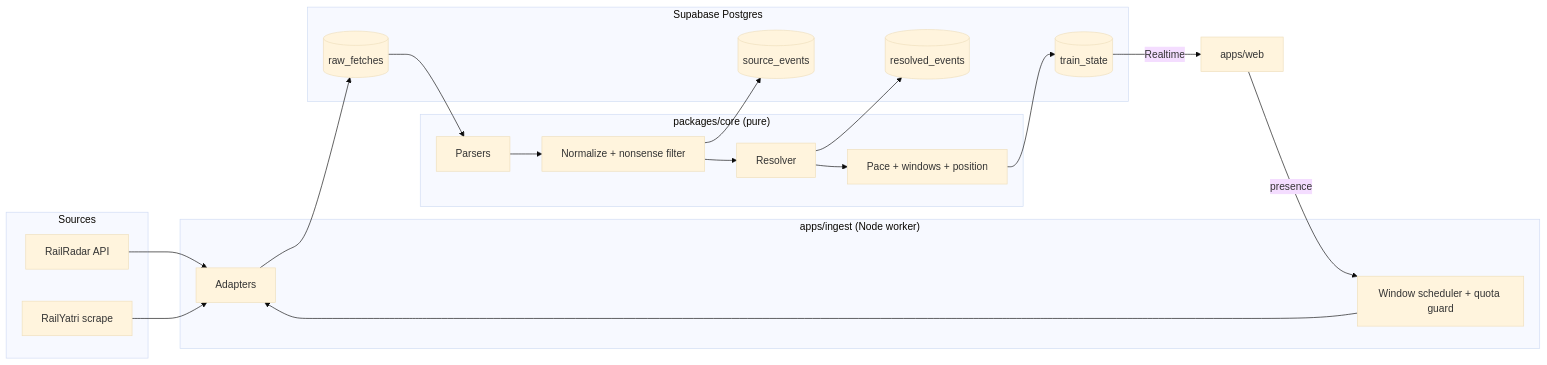
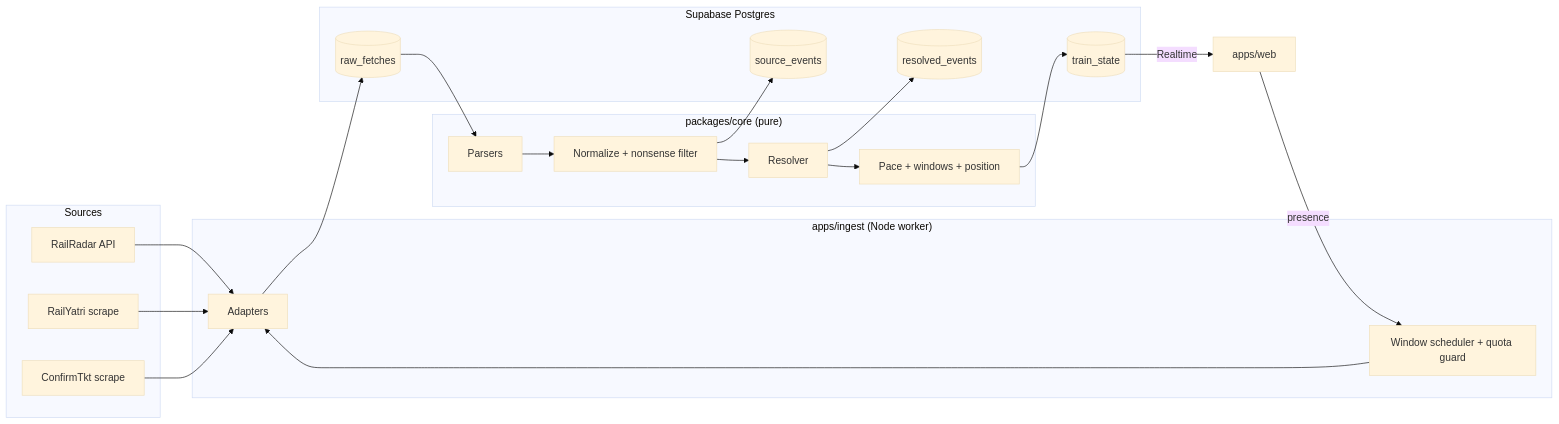
Before and after one commit to Christen1609/Indian-Railway-Tracker: the diagram in train-tracker/docs/ARCHITECTURE.md, drawn with Mermaid (base theme). The commit also changed other lines of this file and 4 other files, not shown here.

````diff
--- a/train-tracker/docs/ARCHITECTURE.md
+++ b/train-tracker/docs/ARCHITECTURE.md
@@ -7,27 +7,28 @@
 ```mermaid
 flowchart LR
   subgraph Sources
     RR[RailRadar API]
     SC[RailYatri scrape]
+    CT[ConfirmTkt scrape]
   end
   subgraph ingest["apps/ingest (Node worker)"]
     SCH[Window scheduler + quota guard] --> AD[Adapters]
   end
   subgraph core["packages/core (pure)"]
     PA[Parsers] --> NV[Normalize + nonsense filter] --> RS[Resolver] --> PW[Pace + windows + position]
   end
   subgraph db["Supabase Postgres"]
     RAW[(raw_fetches)]
     SE[(source_events)]
     RE[(resolved_events)]
     TS[(train_state)]
   end
-  RR & SC --> AD
+  RR & SC & CT --> AD
   AD --> RAW
   RAW --> PA
   NV --> SE
   RS --> RE
   PW --> TS
   TS -- Realtime --> WEB[apps/web]
   WEB -- presence --> SCH
 ```
````
